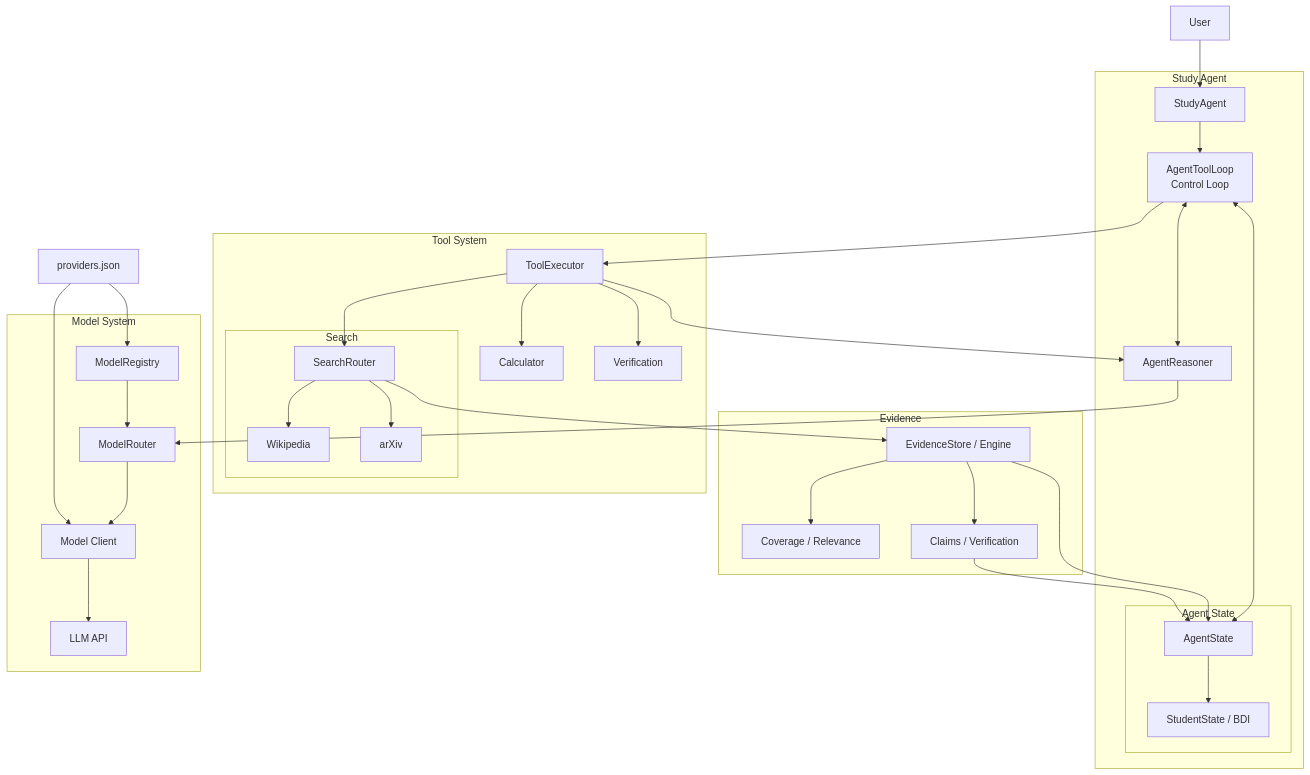
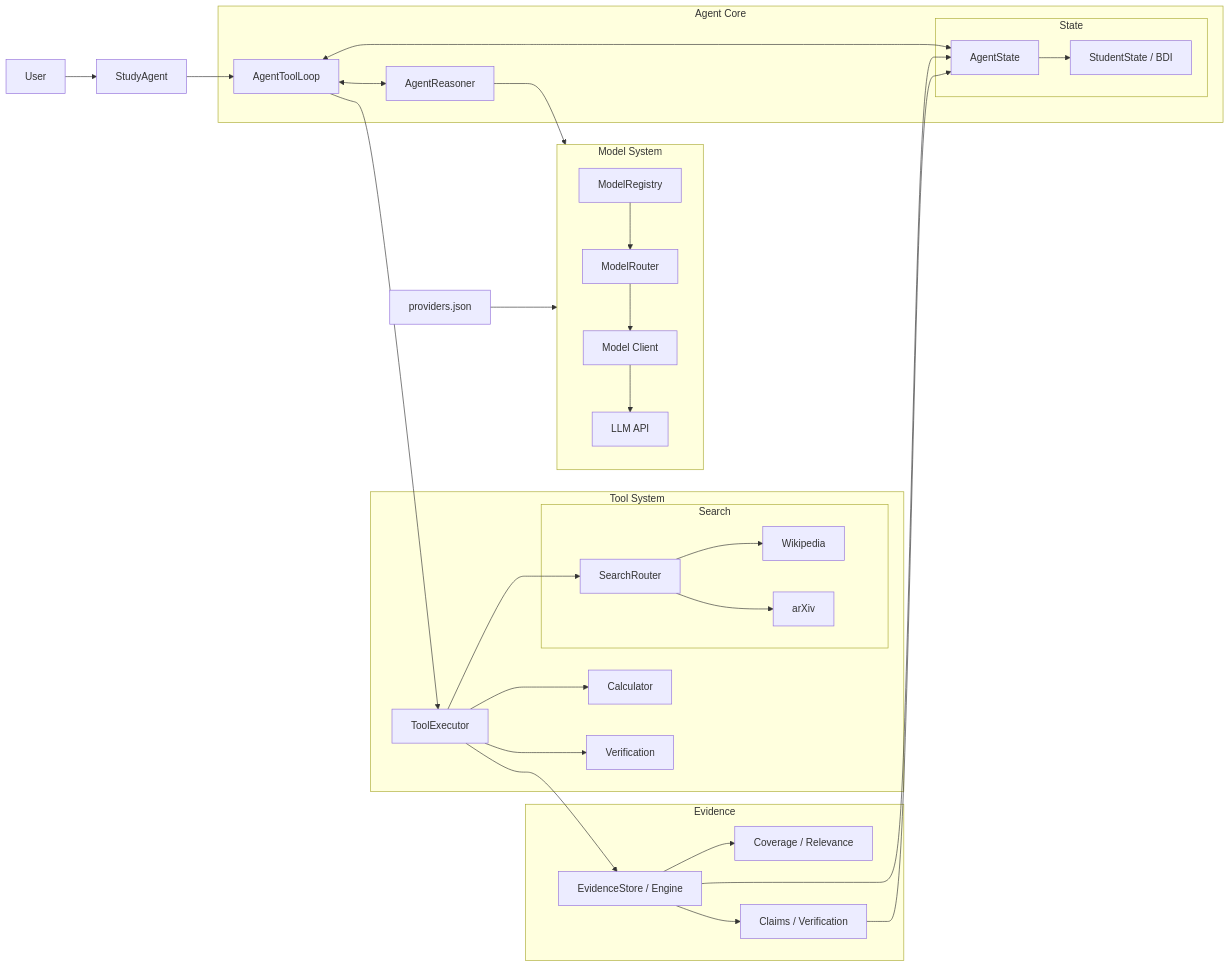
Before and after one commit to Erdoschn/Study-agent: the first of 3 diagrams in README.md, drawn with Mermaid.

Commit message:
docs: refine architecture layout

````diff
--- a/README.md
+++ b/README.md
@@ -3,72 +3,54 @@
 ```mermaid
-flowchart TB
+flowchart LR
 
-    USER["User"]
+    USER["User"] --> SA["StudyAgent"] --> LOOP["AgentToolLoop"]
 
-    subgraph AGENT["Study Agent"]
-        SA["StudyAgent"]
-        LOOP["AgentToolLoop<br/>Control Loop"]
-        REASONER["AgentReasoner"]
+    subgraph CORE["Agent Core"]
+        LOOP <--> REASONER["AgentReasoner"]
 
-        subgraph STATE["Agent State"]
+        subgraph STATE["State"]
             AS["AgentState"]
             STUDENT["StudentState / BDI"]
+            AS --> STUDENT
         end
 
-        SA --> LOOP
-        LOOP <--> REASONER
         LOOP <--> AS
-        AS --> STUDENT
     end
 
     subgraph MODEL["Model System"]
-        REGISTRY["ModelRegistry"]
-        ROUTER["ModelRouter"]
-        CLIENT["Model Client"]
-        LLM["LLM API"]
-
-        REGISTRY --> ROUTER
-        ROUTER --> CLIENT
-        CLIENT --> LLM
+        REGISTRY["ModelRegistry"] --> ROUTER["ModelRouter"] --> CLIENT["Model Client"] --> LLM["LLM API"]
     end
 
     subgraph TOOLS["Tool System"]
         EXECUTOR["ToolExecutor"]
 
         subgraph SEARCH["Search"]
-            SEARCH_ROUTER["SearchRouter"]
-            WIKI["Wikipedia"]
-            ARXIV["arXiv"]
-            SEARCH_ROUTER --> WIKI
-            SEARCH_ROUTER --> ARXIV
+            SEARCH_ROUTER["SearchRouter"] --> WIKI["Wikipedia"]
+            SEARCH_ROUTER --> ARXIV["arXiv"]
         end
 
         CALC["Calculator"]
         VERIFY["Verification"]
-        
+
         EXECUTOR --> SEARCH_ROUTER
         EXECUTOR --> CALC
         EXECUTOR --> VERIFY
     end
 
     subgraph EVIDENCE["Evidence"]
         EVI["EvidenceStore / Engine"]
         COVERAGE["Coverage / Relevance"]
         CLAIM["Claims / Verification"]
 
         EVI --> COVERAGE
         EVI --> CLAIM
     end
 
-    CONFIG["providers.json"] --> REGISTRY
-    CONFIG --> CLIENT
+    CONFIG["providers.json"] --> MODEL
 
-    USER --> SA
-    REASONER --> ROUTER
+    REASONER --> MODEL
     LOOP --> EXECUTOR
-    EXECUTOR --> REASONER
-
-    SEARCH_ROUTER --> EVI
+    EXECUTOR --> EVI
     EVI --> AS
     CLAIM --> AS
 ```
````
